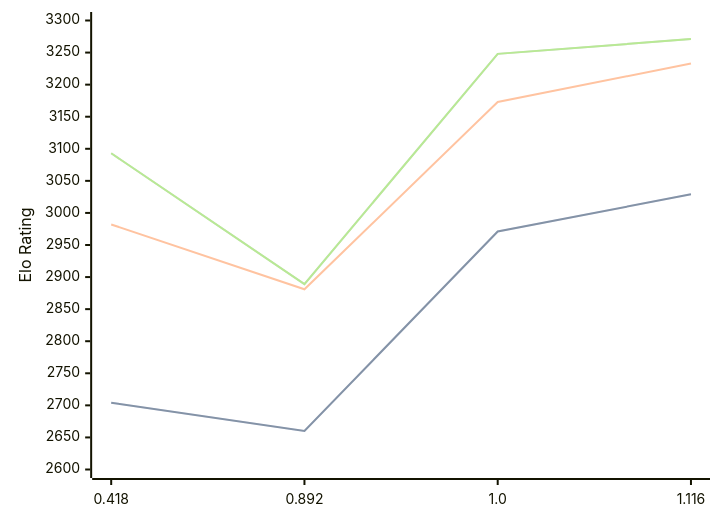
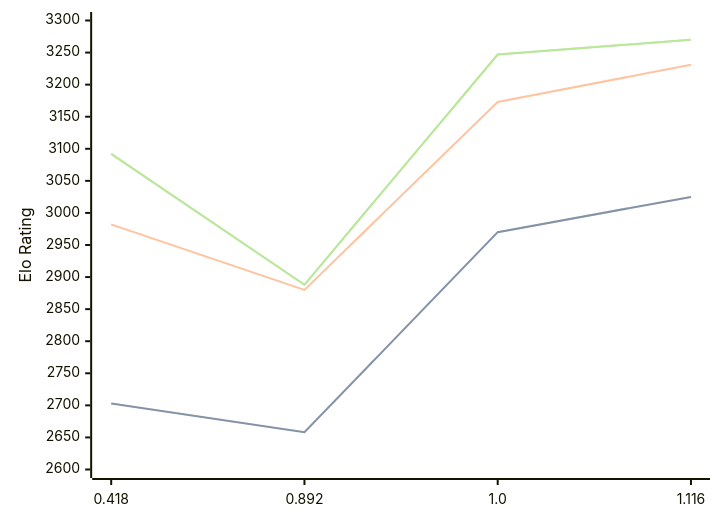
One commit to computer-chess-index/cci changed the third of 3 diagrams in engines/Malika.md. Above: the diagram before and after it, drawn with Mermaid. The commit also changed other lines of this file, not shown here.

Commit message:
Update CCI Ratings (ELO VLTC) - 2026-07-15

````diff
--- a/engines/Malika.md
+++ b/engines/Malika.md
@@ -67,11 +67,11 @@
 ```mermaid
 %%{init: {"theme":"base","themeVariables":{"seriesColors:['#a3a3a3','#222221','#faa371']}}}%%
 xychart-beta
   x-axis ["0.418", "0.892", "1.0", "1.116"]
   y-axis "Elo Rating" 2600 --> 3300
-  line "STC (8.0+0.08s)" [2704, 2660, 2971, 3029]
-  line "STC (8.0+0.08s)" [2704, 2660, 2971, 3029]
-  line "LTC (60.0+0.60s)" [2982, 2881, 3173, 3233]
-  line "VLTC (2m24s+1.12s)" [3093, 2889, 3248, 3271]
-  line "VLTC (2m24s+1.12s)" [3093, 2889, 3248, 3271]
+  line "STC (8.0+0.08s)" [2703, 2658, 2970, 3025]
+  line "STC (8.0+0.08s)" [2703, 2658, 2970, 3025]
+  line "LTC (60.0+0.60s)" [2982, 2880, 3173, 3231]
+  line "VLTC (2m24s+1.12s)" [3092, 2888, 3247, 3270]
+  line "VLTC (2m24s+1.12s)" [3092, 2888, 3247, 3270]
 ```
````
